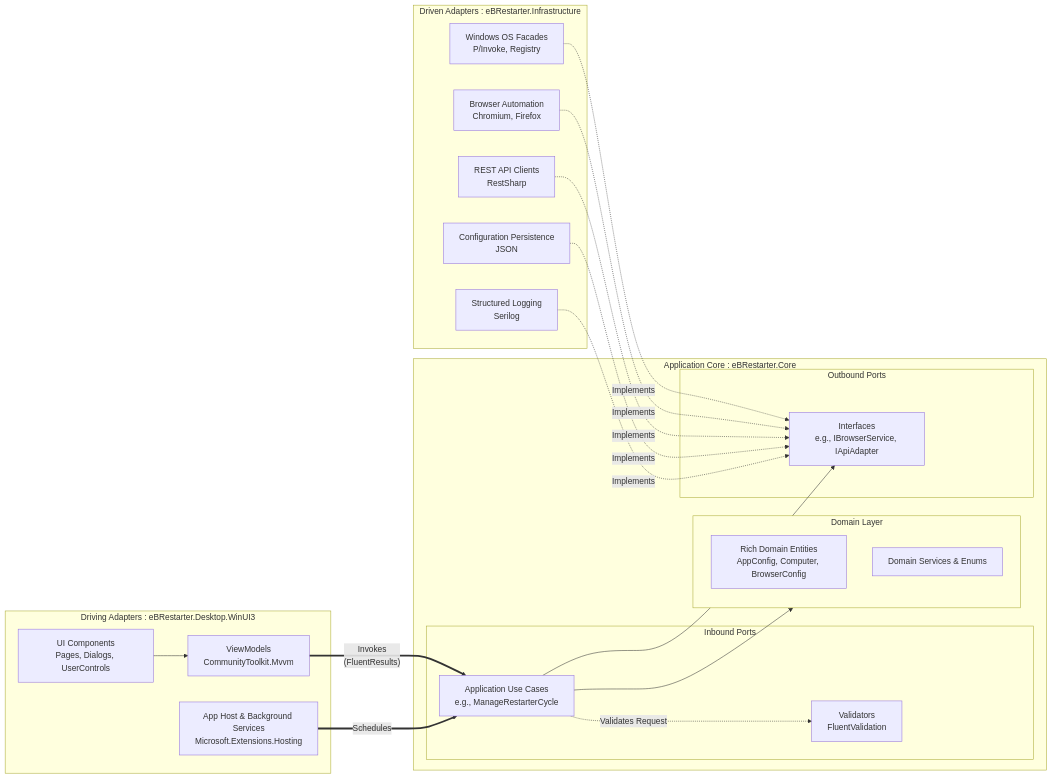
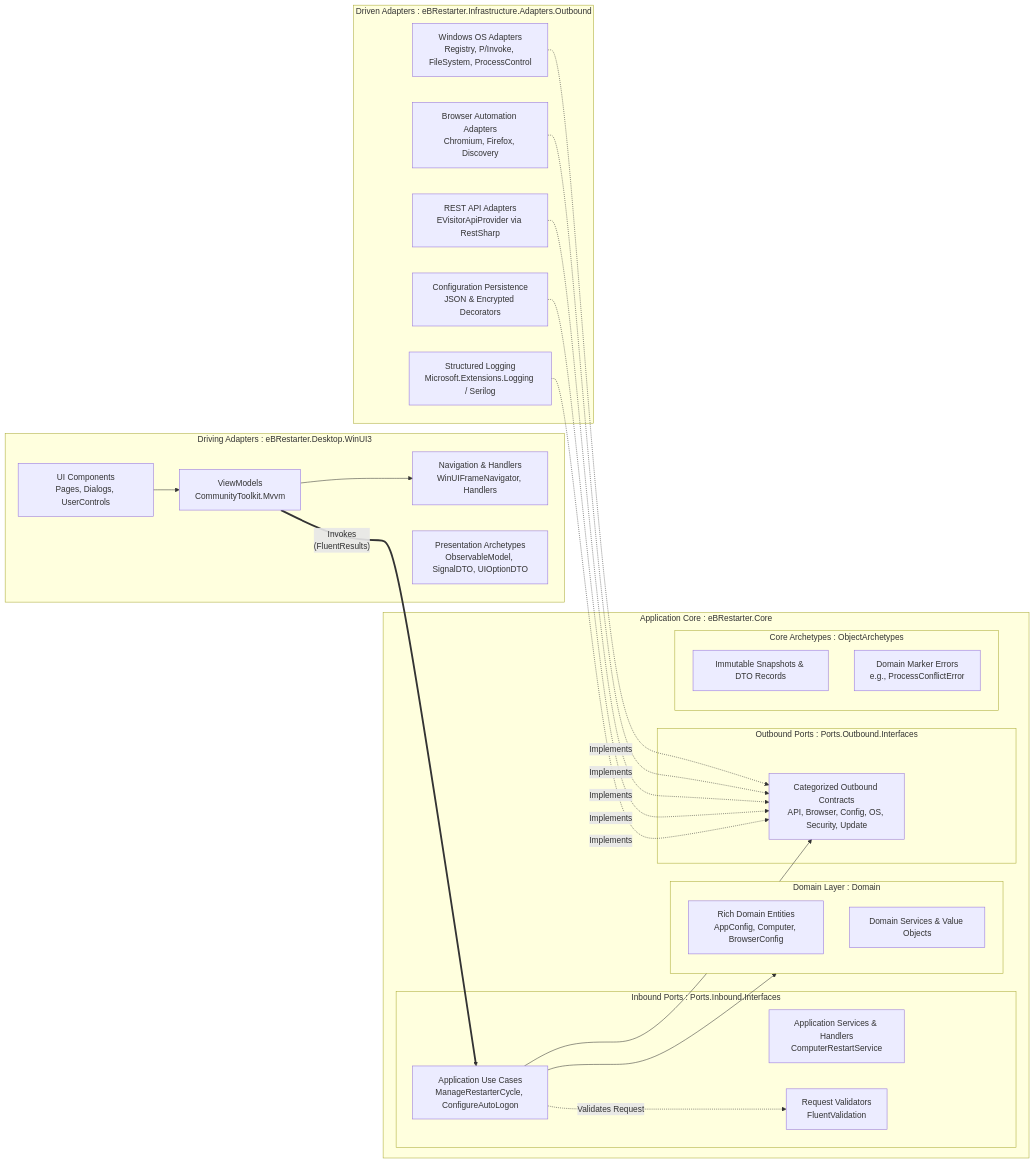
One commit to DamonHelheim/eBRestarter changed the diagram in README_Technical.md. Above: the diagram before and after it, drawn with Mermaid. The commit also changed other lines of this file, not shown here.

Commit message:
docs: update technical readme to reflect hexagonal refactoring and object archetypes

````diff
--- a/README_Technical.md
+++ b/README_Technical.md
@@ -17,51 +17,58 @@
 ```mermaid
 graph LR
     %% Primary Adapters (Driving)
     subgraph Driving [Driving Adapters : eBRestarter.Desktop.WinUI3]
         WinUI3_UI[UI Components\nPages, Dialogs, UserControls]
         WinUI3_VM[ViewModels\nCommunityToolkit.Mvvm]
-        WinUI3_Host[App Host & Background Services\nMicrosoft.Extensions.Hosting]
+        WinUI3_Nav[Navigation & Handlers\nWinUIFrameNavigator, Handlers]
+        WinUI3_Arch[Presentation Archetypes\nObservableModel, SignalDTO, UIOptionDTO]
         
         WinUI3_UI --> WinUI3_VM
+        WinUI3_VM --> WinUI3_Nav
     end
 
     %% Application Core (Hexagon)
     subgraph Core [Application Core : eBRestarter.Core]
-        subgraph Inbound [Inbound Ports]
-            UseCases[Application Use Cases\ne.g., ManageRestarterCycle]
-            Validators[Validators\nFluentValidation]
+        subgraph Inbound [Inbound Ports : Ports.Inbound.Interfaces]
+            UseCases[Application Use Cases\nManageRestarterCycle, ConfigureAutoLogon]
+            InboundServices[Application Services & Handlers\nComputerRestartService]
+            Validators[Request Validators\nFluentValidation]
         end
 
-        subgraph Domain [Domain Layer]
+        subgraph Domain [Domain Layer : Domain]
             Entities[Rich Domain Entities\nAppConfig, Computer, BrowserConfig]
-            Rules[Domain Services & Enums]
+            Rules[Domain Services & Value Objects]
         end
 
-        subgraph Outbound [Outbound Ports]
-            Interfaces[Interfaces\ne.g., IBrowserService, IApiAdapter]
+        subgraph Outbound [Outbound Ports : Ports.Outbound.Interfaces]
+            OutInterfaces[Categorized Outbound Contracts\nAPI, Browser, Config, OS, Security, Update]
+        end
+        
+        subgraph CoreArch [Core Archetypes : ObjectArchetypes]
+            CoreDTOs[Immutable Snapshots & DTO Records]
+            TypedErrors[Domain Marker Errors\ne.g., ProcessConflictError]
         end
         
         UseCases -. Validates Request .-> Validators
         UseCases --> Domain
-        UseCases --> Interfaces
+        UseCases --> OutInterfaces
     end
 
     %% Secondary Adapters (Driven)
-    subgraph Driven [Driven Adapters : eBRestarter.Infrastructure]
-        Infra_OS[Windows OS Facades\nP/Invoke, Registry]
-        Infra_Browser[Browser Automation\nChromium, Firefox]
-        Infra_API[REST API Clients\nRestSharp]
-        Infra_Config[Configuration Persistence\nJSON]
-        Infra_Logs[Structured Logging\nSerilog]
+    subgraph Driven [Driven Adapters : eBRestarter.Infrastructure.Adapters.Outbound]
+        Infra_OS[Windows OS Adapters\nRegistry, P/Invoke, FileSystem, ProcessControl]
+        Infra_Browser[Browser Automation Adapters\nChromium, Firefox, Discovery]
+        Infra_API[REST API Adapters\nEVisitorApiProvider via RestSharp]
+        Infra_Config[Configuration Persistence\nJSON & Encrypted Decorators]
+        Infra_Logs[Structured Logging\nMicrosoft.Extensions.Logging / Serilog]
     end
 
     %% Flow
     WinUI3_VM == Invokes \n (FluentResults) ==> UseCases
-    WinUI3_Host == Schedules ==> UseCases
     
-    Infra_OS -. Implements .-> Interfaces
-    Infra_Browser -. Implements .-> Interfaces
-    Infra_API -. Implements .-> Interfaces
-    Infra_Config -. Implements .-> Interfaces
-    Infra_Logs -. Implements .-> Interfaces
+    Infra_OS -. Implements .-> OutInterfaces
+    Infra_Browser -. Implements .-> OutInterfaces
+    Infra_API -. Implements .-> OutInterfaces
+    Infra_Config -. Implements .-> OutInterfaces
+    Infra_Logs -. Implements .-> OutInterfaces
 ```
````
